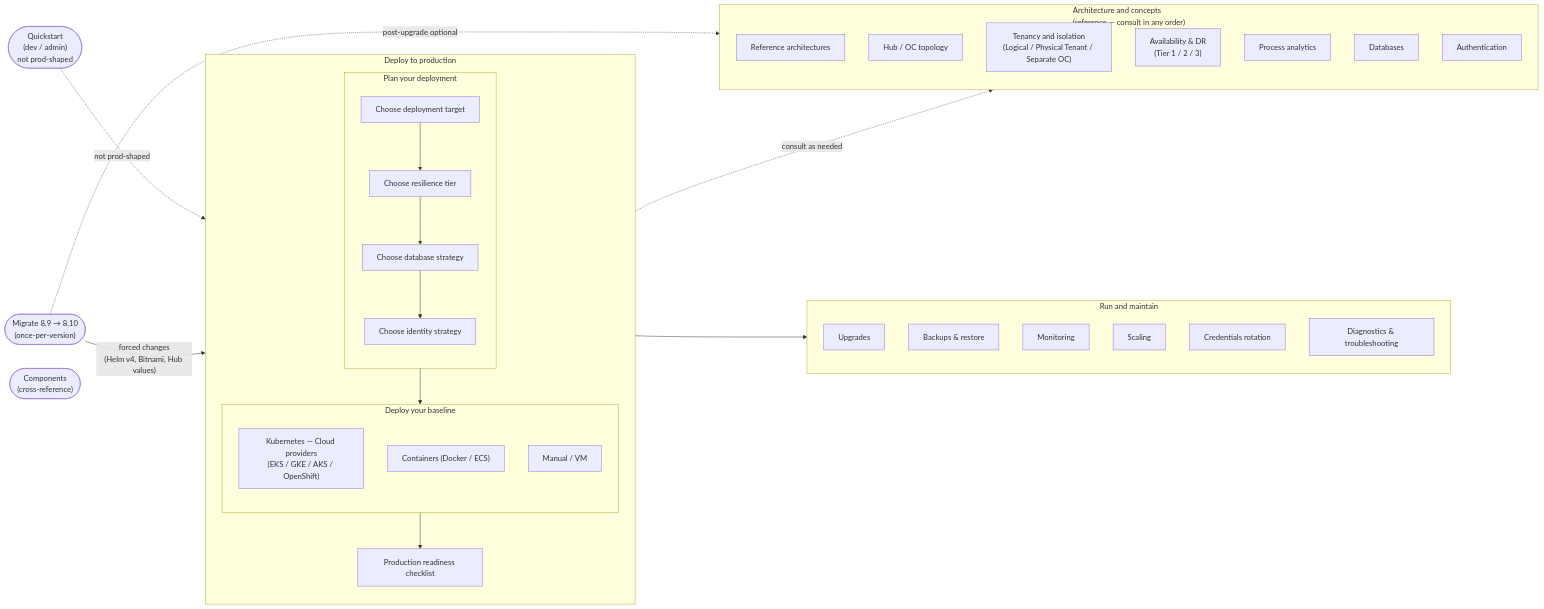
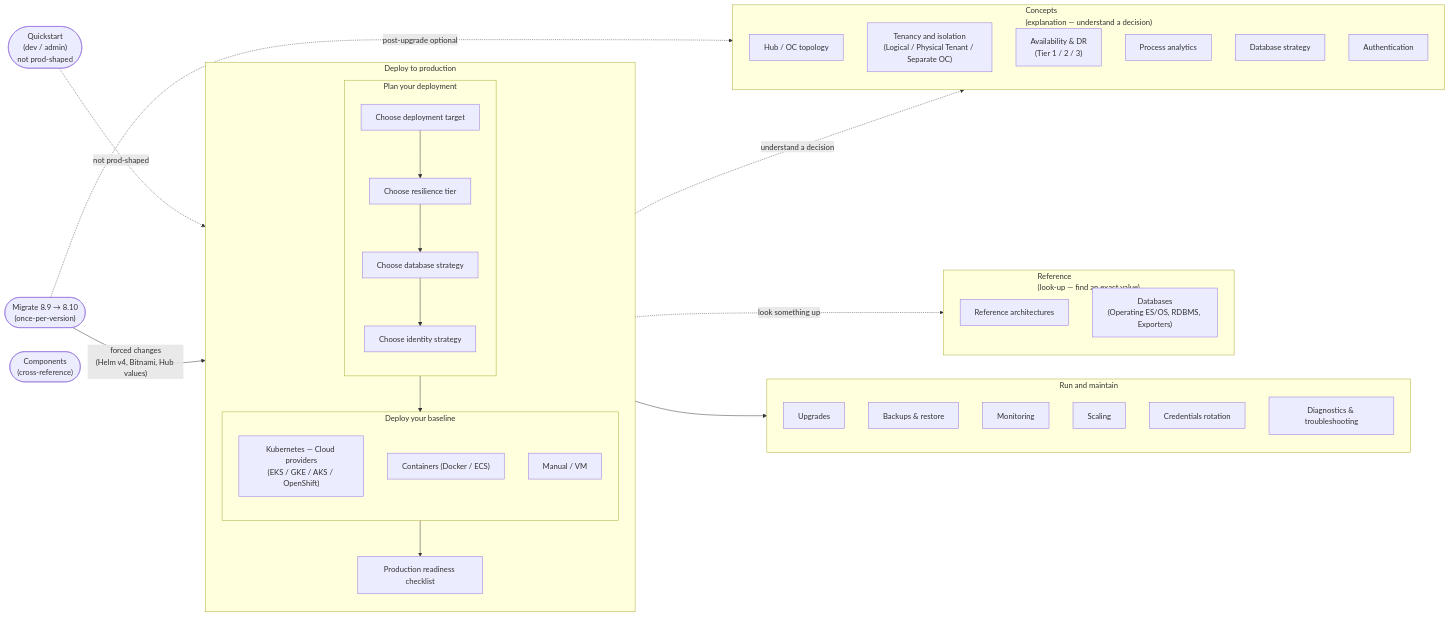
One commit to camunda/camunda-platform-helm changed the diagram in docs/user journeys/8.10/diagrams/journey-overview.md. Above: the diagram before and after it, drawn with Mermaid. The commit also changed other lines of this file and 1 other file, not shown here.

````diff
--- a/docs/user journeys/8.10/diagrams/journey-overview.md
+++ b/docs/user journeys/8.10/diagrams/journey-overview.md
@@ -5,54 +5,60 @@
 ```mermaid
 flowchart LR
     QS(["Quickstart\n(dev / admin)\nnot prod-shaped"])
 
     subgraph DTP["Deploy to production"]
         direction TB
         subgraph PLAN["Plan your deployment"]
             direction TB
             pDT["Choose deployment target"]
             pRT["Choose resilience tier"]
             pDB["Choose database strategy"]
             pID["Choose identity strategy"]
             pDT --> pRT --> pDB --> pID
         end
         subgraph BASE["Deploy your baseline"]
             direction TB
             b1["Kubernetes — Cloud providers\n(EKS / GKE / AKS / OpenShift)"]
             b2["Containers (Docker / ECS)"]
             b3["Manual / VM"]
         end
         bPROD["Production readiness checklist"]
         PLAN --> BASE --> bPROD
     end
 
-    subgraph ANC["Architecture and concepts\n(reference — consult in any order)"]
+    subgraph CON["Concepts\n(explanation — understand a decision)"]
         direction TB
-        aRA["Reference architectures"]
         aHUB["Hub / OC topology"]
         aTEN["Tenancy and isolation\n(Logical / Physical Tenant / Separate OC)"]
         aADR["Availability & DR\n(Tier 1 / 2 / 3)"]
         aANA["Process analytics"]
-        aDB["Databases"]
+        aDB["Database strategy"]
         aAUT["Authentication"]
+    end
+
+    subgraph REF["Reference\n(look-up — find an exact value)"]
+        direction TB
+        aRA["Reference architectures"]
+        aDBR["Databases\n(Operating ES/OS, RDBMS, Exporters)"]
     end
 
     subgraph RNM["Run and maintain"]
         direction TB
         dUPG["Upgrades"]
         dBAK["Backups & restore"]
         dMON["Monitoring"]
         dSCA["Scaling"]
         dCRED["Credentials rotation"]
         dTRB["Diagnostics & troubleshooting"]
     end
 
     MIG(["Migrate 8.9 → 8.10\n(once-per-version)"])
     COMP(["Components\n(cross-reference)"])
 
     QS -.->|"not prod-shaped"| BASE
-    DTP -.->|"consult as needed"| ANC
+    DTP -.->|"understand a decision"| CON
+    DTP -.->|"look something up"| REF
     DTP --> RNM
     MIG -->|"forced changes\n(Helm v4, Bitnami, Hub values)"| DTP
-    MIG -.->|"post-upgrade optional"| ANC
+    MIG -.->|"post-upgrade optional"| CON
 ```
````
